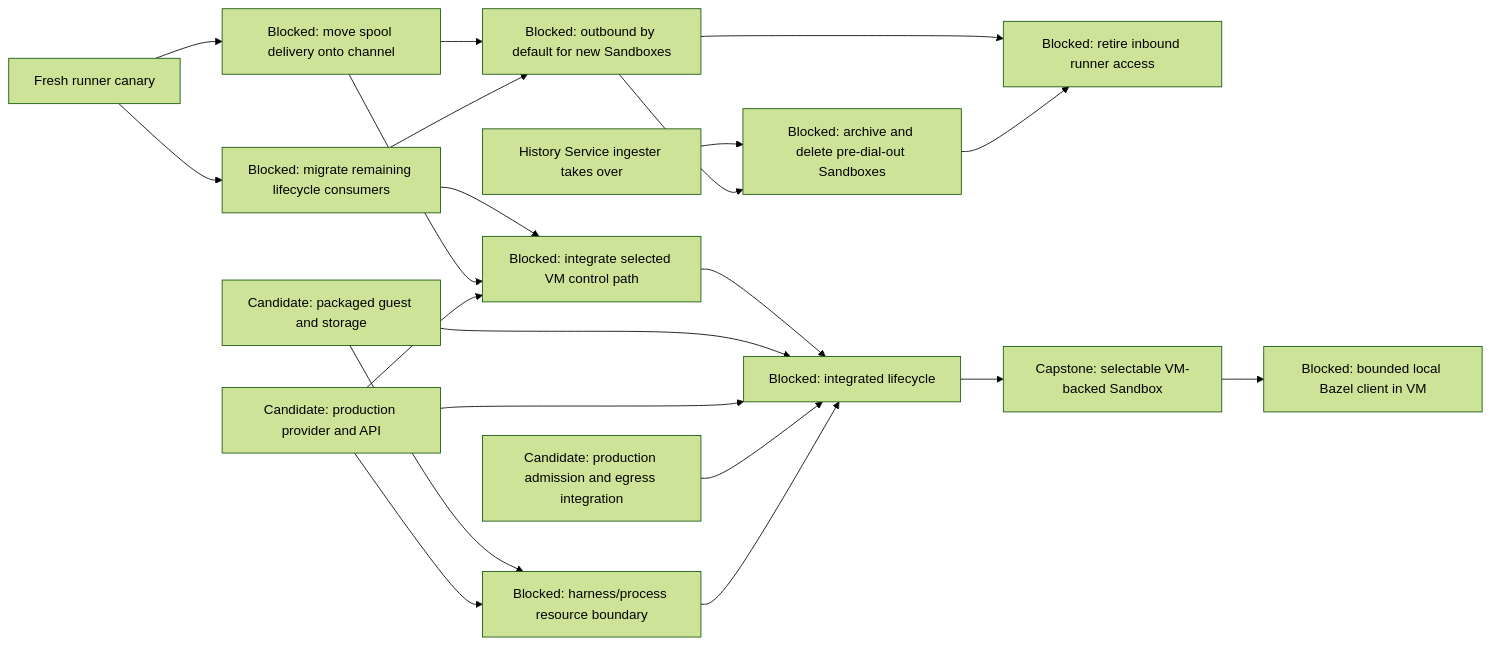
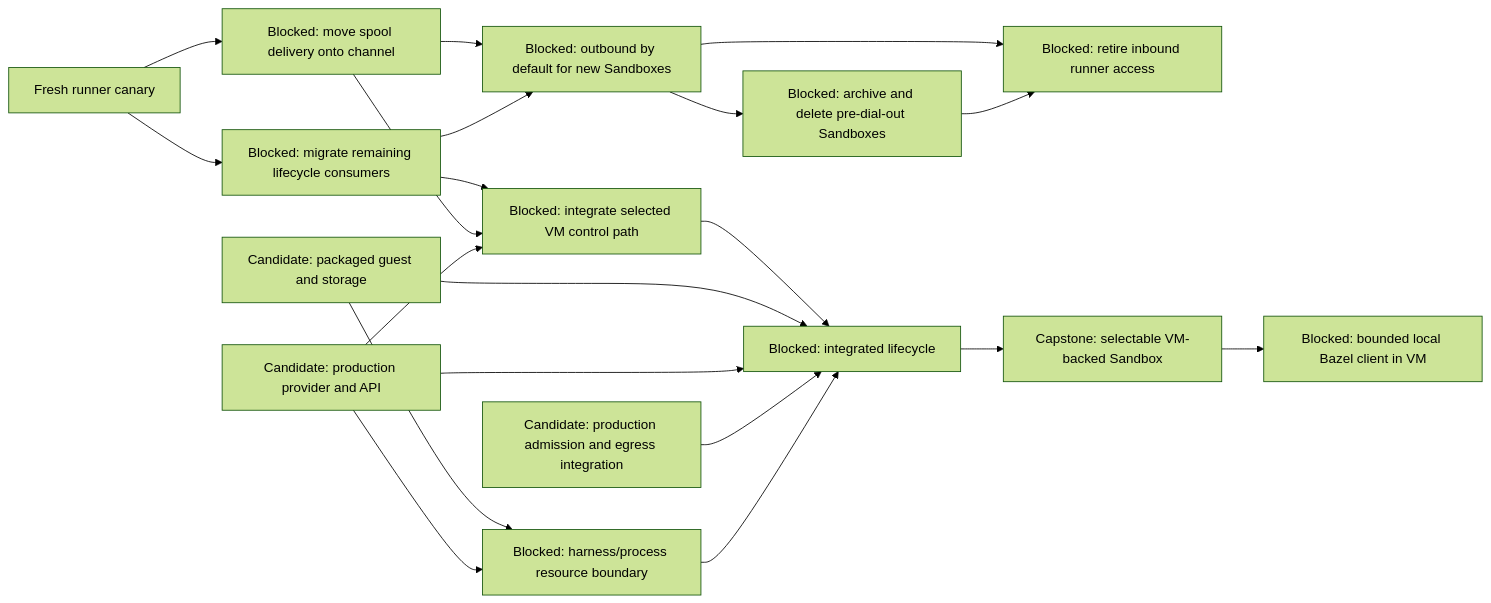
The sixth of 11 diagrams in agentplane/plans/task_dag.md (agentydragon-agent/ducktape), drawn with Mermaid (forest theme) before and after one commit. The commit also changed other lines of this file and 2 other files, not shown here.

First line of the commit message:
agentplane: staging History Service takes over history writes (#9842)

````diff
--- a/agentplane/plans/task_dag.md
+++ b/agentplane/plans/task_dag.md
@@ -325,33 +325,32 @@
 ```mermaid
 flowchart LR
     RUNNER_OUTBOUND_CANARY[Fresh runner canary]
     RUNNER_OUTBOUND_SPOOL[Blocked: move spool delivery onto channel]
     RUNNER_OUTBOUND_LIFECYCLE[Blocked: migrate remaining lifecycle consumers]
     RUNNER_OUTBOUND_ROLLOUT[Blocked: outbound by default for new Sandboxes]
     VM_CONTROL_NETWORKING[Blocked: integrate selected VM control path]
     VM_IMAGE[Candidate: packaged guest and storage]
     VM_PROVIDER[Candidate: production provider and API]
     VM_EGRESS[Candidate: production admission and egress integration]
     VM_PROCESS_ISOLATION[Blocked: harness/process resource boundary]
     VM_LIFECYCLE[Blocked: integrated lifecycle]
     RUNNER_OUTBOUND_LIFECYCLE --> VM_CONTROL_NETWORKING
     RUNNER_OUTBOUND_SPOOL --> VM_CONTROL_NETWORKING
     RUNNER_OUTBOUND_CANARY --> RUNNER_OUTBOUND_SPOOL
     RUNNER_OUTBOUND_CANARY --> RUNNER_OUTBOUND_LIFECYCLE
     RUNNER_OUTBOUND_SPOOL --> RUNNER_OUTBOUND_ROLLOUT
     RUNNER_OUTBOUND_LIFECYCLE --> RUNNER_OUTBOUND_ROLLOUT
     RUNNER_OUTBOUND_ROLLOUT --> RUNNER_INBOUND_RETIRE[Blocked: retire inbound runner access]
-    HISTORY_WRITE_HANDOFF[History Service ingester takes over] --> LEGACY_SANDBOX_RETIRE[Blocked: archive and delete pre-dial-out Sandboxes]
-    RUNNER_OUTBOUND_ROLLOUT --> LEGACY_SANDBOX_RETIRE
+    RUNNER_OUTBOUND_ROLLOUT --> LEGACY_SANDBOX_RETIRE[Blocked: archive and delete pre-dial-out Sandboxes]
     LEGACY_SANDBOX_RETIRE --> RUNNER_INBOUND_RETIRE
     VM_PROVIDER --> VM_CONTROL_NETWORKING
     VM_CONTROL_NETWORKING --> VM_LIFECYCLE
     VM_IMAGE --> VM_PROCESS_ISOLATION
     VM_PROVIDER --> VM_PROCESS_ISOLATION
     VM_IMAGE --> VM_LIFECYCLE
     VM_PROVIDER --> VM_LIFECYCLE
     VM_EGRESS --> VM_LIFECYCLE
     VM_PROCESS_ISOLATION --> VM_LIFECYCLE
     VM_LIFECYCLE --> SANDBOX_VM_ISOLATION[Capstone: selectable VM-backed Sandbox]
     SANDBOX_VM_ISOLATION --> LOCAL_BAZEL[Blocked: bounded local Bazel client in VM]
 ```
````
